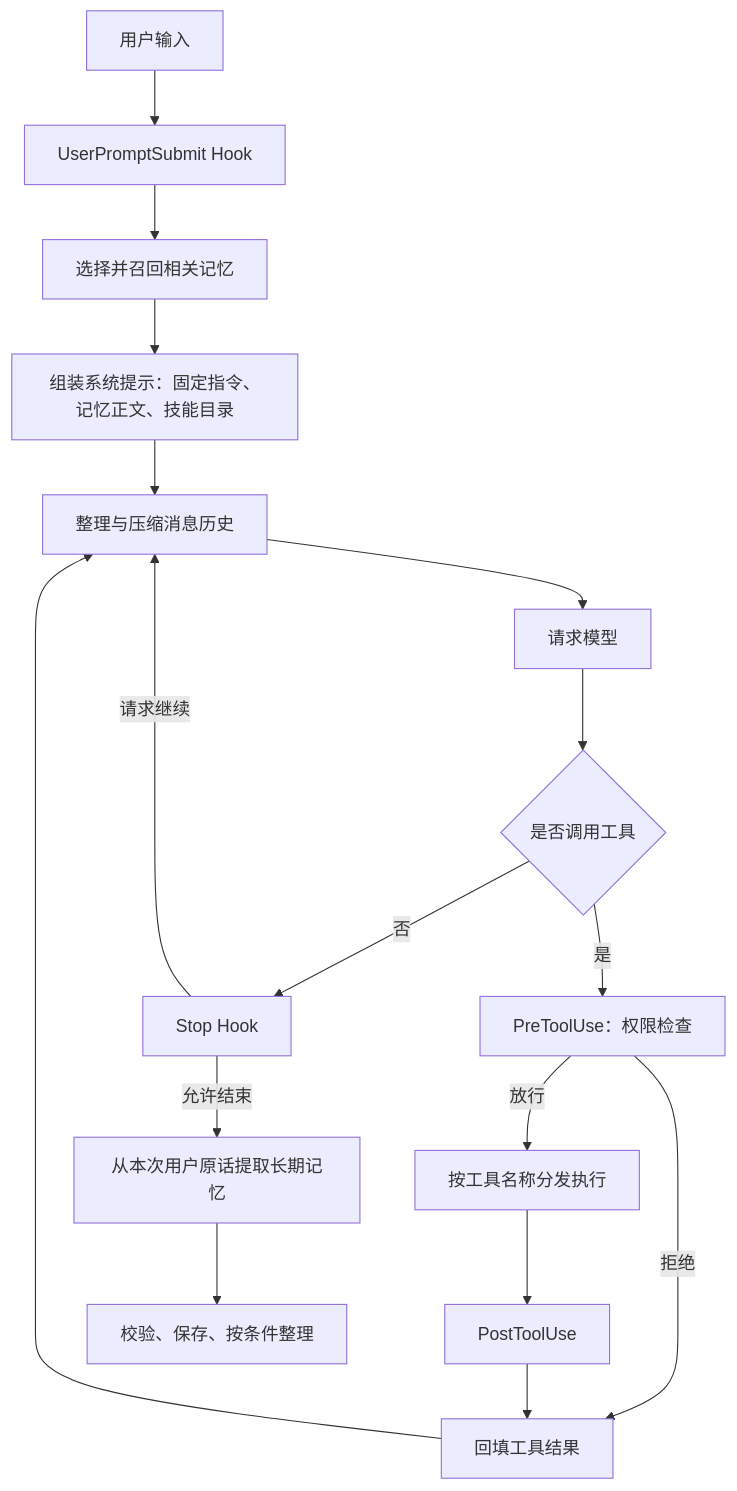
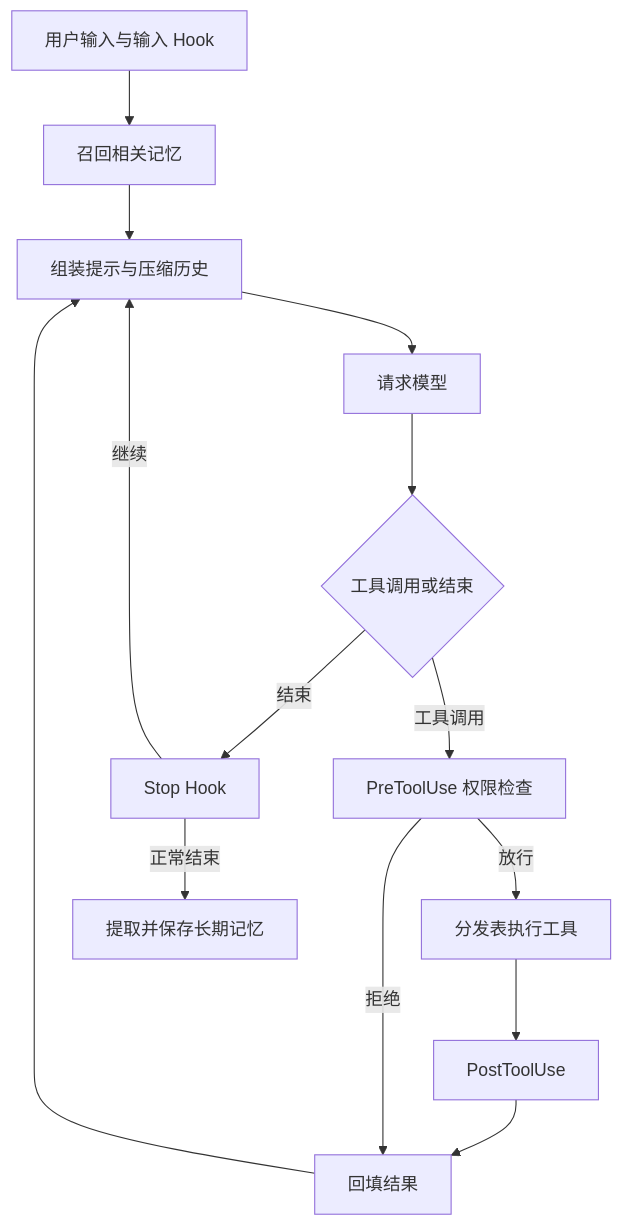
One commit to XlJackson/car-agent changed the diagram in README.md. Above: the diagram before and after it, drawn with Mermaid. The commit also changed other lines of this file, not shown here.

````diff
--- a/README.md
+++ b/README.md
@@ -43,19 +38,16 @@
 ```mermaid
 flowchart TD
-    User[用户输入] --> InputHook[UserPromptSubmit Hook]
-    InputHook --> Recall[选择并召回相关记忆]
-    Recall --> System[组装系统提示：固定指令、记忆正文、技能目录]
-    System --> Prepare[整理与压缩消息历史]
-    Prepare --> Model[请求模型]
-    Model --> Decision{是否调用工具}
-    Decision -->|是| Pre[PreToolUse：权限检查]
-    Pre -->|放行| Dispatch[按工具名称分发执行]
-    Pre -->|拒绝| Result[回填工具结果]
-    Dispatch --> Post[PostToolUse]
-    Post --> Result
-    Result --> Prepare
-    Decision -->|否| Stop[Stop Hook]
-    Stop -->|请求继续| Prepare
-    Stop -->|允许结束| Extract[从本次用户原话提取长期记忆]
-    Extract --> Save[校验、保存、按条件整理]
+    Input[用户输入与输入 Hook] --> Memory[召回相关记忆]
+    Memory --> Context[组装提示与压缩历史]
+    Context --> Model[请求模型]
+    Model --> Decision{工具调用或结束}
+    Decision -->|工具调用| Pre[PreToolUse 权限检查]
+    Pre -->|放行| Tool[分发表执行工具]
+    Tool --> Post[PostToolUse]
+    Post --> Result[回填结果]
+    Pre -->|拒绝| Result
+    Result --> Context
+    Decision -->|结束| Stop[Stop Hook]
+    Stop -->|继续| Context
+    Stop -->|正常结束| Save[提取并保存长期记忆]
 ```
````
